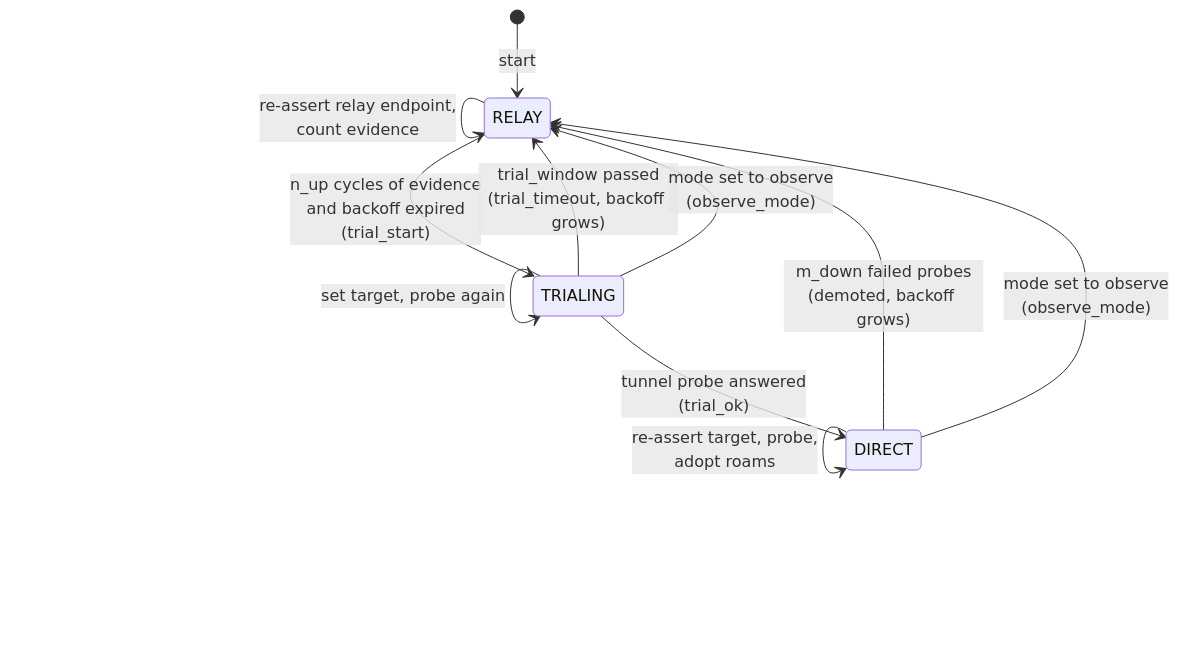
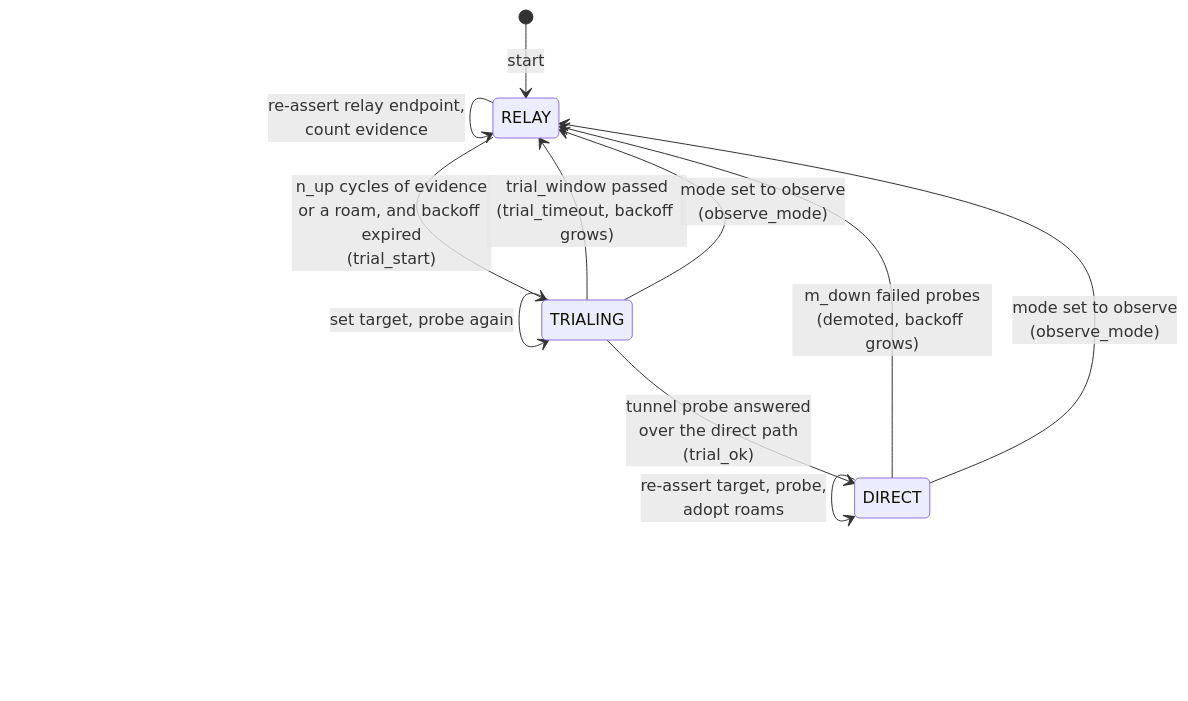
One commit to m00qek/wgpathd changed the first of 2 diagrams in docs/explanation/state-machine.md. Above: the diagram before and after it, drawn with Mermaid. The commit also changed other lines of this file and 6 other files, not shown here.

First line of the commit message:
Docs: relay traffic and the tunnel probe (R4), roam trials

````diff
--- a/docs/explanation/state-machine.md
+++ b/docs/explanation/state-machine.md
@@ -9,13 +9,13 @@
 ```mermaid
 stateDiagram-v2
     [*] --> RELAY: start
     RELAY --> RELAY: re-assert relay endpoint,<br/>count evidence
-    RELAY --> TRIALING: n_up cycles of evidence<br/>and backoff expired<br/>(trial_start)
+    RELAY --> TRIALING: n_up cycles of evidence<br/>or a roam, and backoff expired<br/>(trial_start)
     TRIALING --> TRIALING: set target, probe again
-    TRIALING --> DIRECT: tunnel probe answered<br/>(trial_ok)
+    TRIALING --> DIRECT: tunnel probe answered<br/>over the direct path<br/>(trial_ok)
     TRIALING --> RELAY: trial_window passed<br/>(trial_timeout, backoff grows)
     DIRECT --> DIRECT: re-assert target, probe,<br/>adopt roams
     DIRECT --> RELAY: m_down failed probes<br/>(demoted, backoff grows)
     TRIALING --> RELAY: mode set to observe<br/>(observe_mode)
     DIRECT --> RELAY: mode set to observe<br/>(observe_mode)
 ```
````
